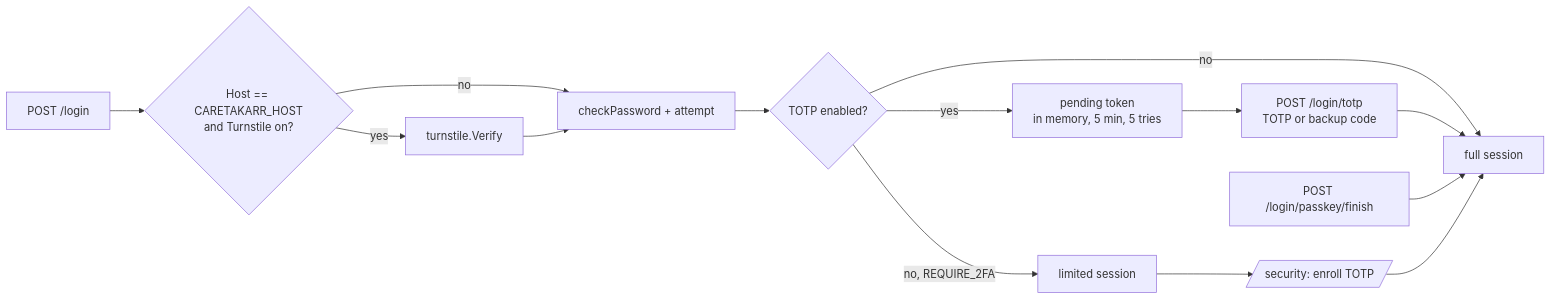
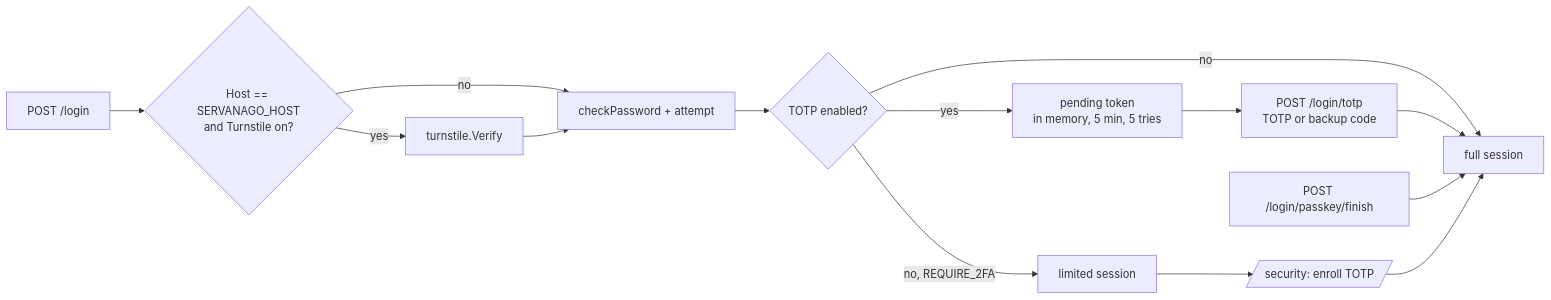
Before and after one commit to Servanago/Servanago: the fourth of 5 diagrams in docs/DESIGN.md, drawn with Mermaid. The commit also changed other lines of this file and 112 other files, not shown here.

First line of the commit message:
Rename caretakarr to servanago

````diff
--- a/docs/DESIGN.md
+++ b/docs/DESIGN.md
@@ -430,14 +430,14 @@
 ```mermaid
 flowchart LR
-  Login[POST /login] --> T{Host == CARETAKARR_HOST<br/>and Turnstile on?}
+  Login[POST /login] --> T{Host == SERVANAGO_HOST<br/>and Turnstile on?}
   T -->|yes| TV[turnstile.Verify]
   T -->|no| PW
   TV --> PW[checkPassword + attempt]
   PW --> Q{TOTP enabled?}
   Q -->|no, REQUIRE_2FA| Lim[limited session]
   Q -->|no| Full[full session]
   Q -->|yes| Pend[pending token<br/>in memory, 5 min, 5 tries]
   Pend --> Code[POST /login/totp<br/>TOTP or backup code] --> Full
   PK[POST /login/passkey/finish] --> Full
   Lim --> Sec[/security: enroll TOTP/] --> Full
 ```
````
